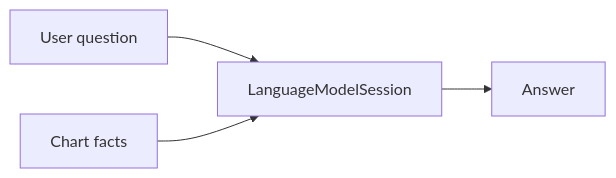
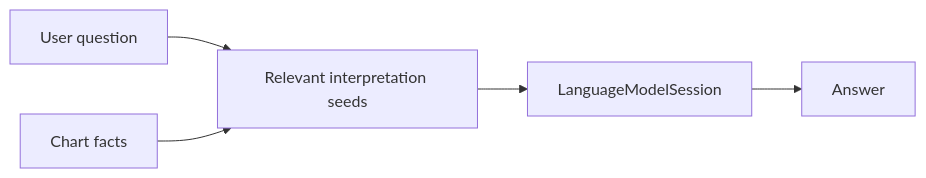
Before and after one commit to narumiruna/mighty-zi-wei: the fourth of 5 diagrams in PRODUCT.md, drawn with Mermaid. The commit also changed other lines of this file, not shown here.

````diff
--- a/PRODUCT.md
+++ b/PRODUCT.md
@@ -499,11 +531,13 @@
 ```mermaid
 flowchart LR
     Question["User question"]
     Facts["Chart facts"]
+    Seeds["Relevant interpretation seeds"]
     Session["LanguageModelSession"]
     Answer["Answer"]
 
-    Question --> Session
-    Facts --> Session
+    Question --> Seeds
+    Facts --> Seeds
+    Seeds --> Session
     Session --> Answer
 ```
````
